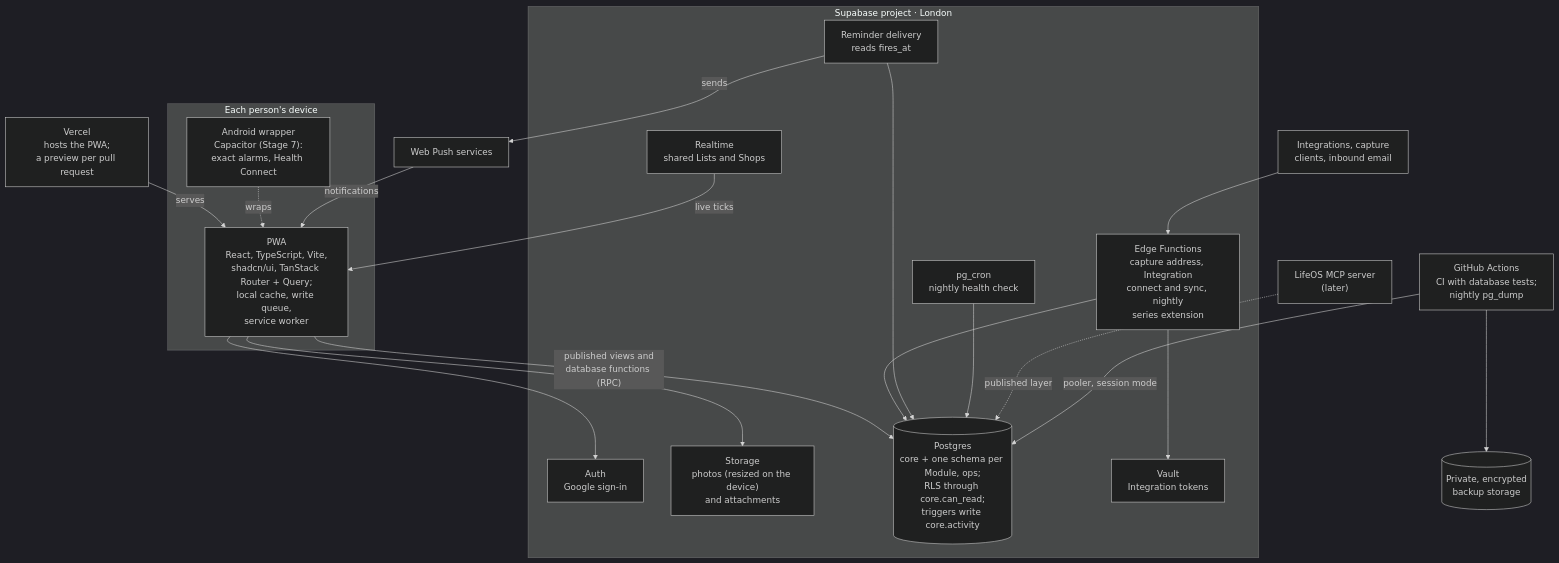
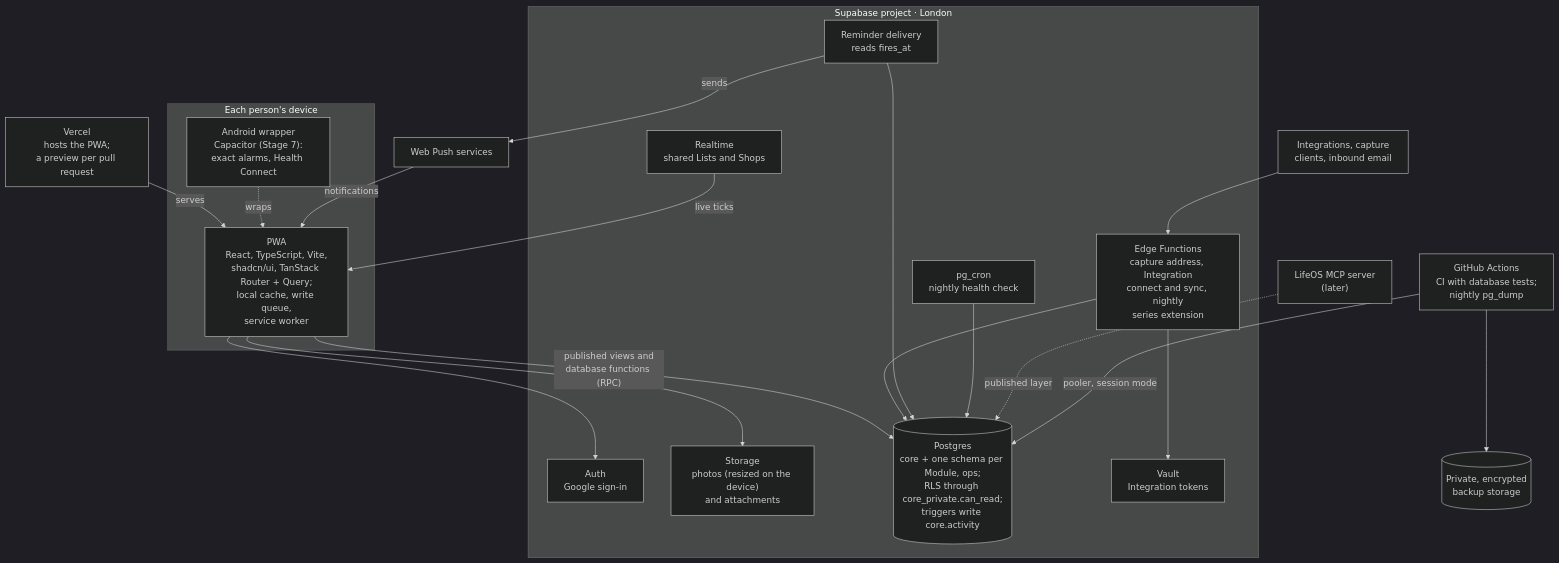
One commit to joestables/lifeos changed the second of 2 diagrams in docs/20-architecture/overview.md. Above: the diagram before and after it, drawn with Mermaid (dark theme). The commit also changed 27 other files, not shown here.

First line of the commit message:
Core schema, write functions and database tests; first CI workflow

````diff
--- a/docs/20-architecture/overview.md
+++ b/docs/20-architecture/overview.md
@@ -42,43 +42,43 @@
 ```mermaid
 flowchart TB
   vercel["Vercel<br/>hosts the PWA;<br/>a preview per pull request"]
   pushsvc["Web Push services"]
 
   subgraph device["Each person's device"]
     pwa["PWA<br/>React, TypeScript, Vite,<br/>shadcn/ui, TanStack Router + Query;<br/>local cache, write queue,<br/>service worker"]
     android["Android wrapper<br/>Capacitor (Stage 7):<br/>exact alarms, Health Connect"]
   end
 
   subgraph supabase["Supabase project · London"]
     auth["Auth<br/>Google sign-in"]
     storage["Storage<br/>photos (resized on the device)<br/>and attachments"]
     realtime["Realtime<br/>shared Lists and Shops"]
-    db[("Postgres<br/>core + one schema per Module, ops;<br/>RLS through core.can_read;<br/>triggers write core.activity")]
+    db[("Postgres<br/>core + one schema per Module, ops;<br/>RLS through core_private.can_read;<br/>triggers write core.activity")]
     edge["Edge Functions<br/>capture address, Integration<br/>connect and sync, nightly<br/>series extension"]
     reminders["Reminder delivery<br/>reads fires_at"]
     cron["pg_cron<br/>nightly health check"]
     vault["Vault<br/>Integration tokens"]
   end
 
   outside["Integrations, capture<br/>clients, inbound email"]
   mcp["LifeOS MCP server<br/>(later)"]
   gha["GitHub Actions<br/>CI with database tests;<br/>nightly pg_dump"]
   backup[("Private, encrypted<br/>backup storage")]
 
   vercel -- "serves" --> pwa
   android -. "wraps" .-> pwa
   pushsvc -- "notifications" --> pwa
   pwa --> auth
   pwa --> storage
   realtime -- "live ticks" --> pwa
   pwa -- "published views and<br/>database functions (RPC)" --> db
   edge --> db
   edge --> vault
   reminders --> db
   reminders -- "sends" --> pushsvc
   cron --> db
   outside --> edge
   mcp -. "published layer" .-> db
   gha -- "pooler, session mode" --> db
   gha --> backup
 ```
````
